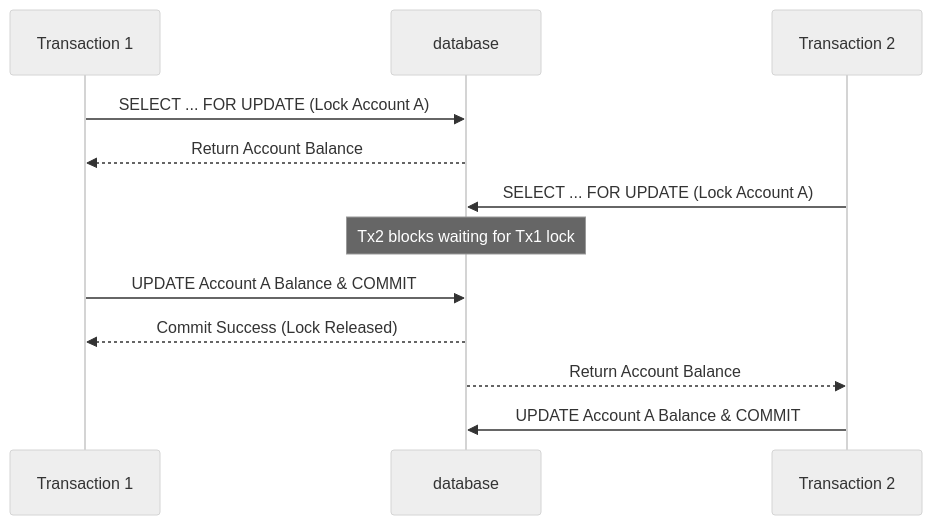
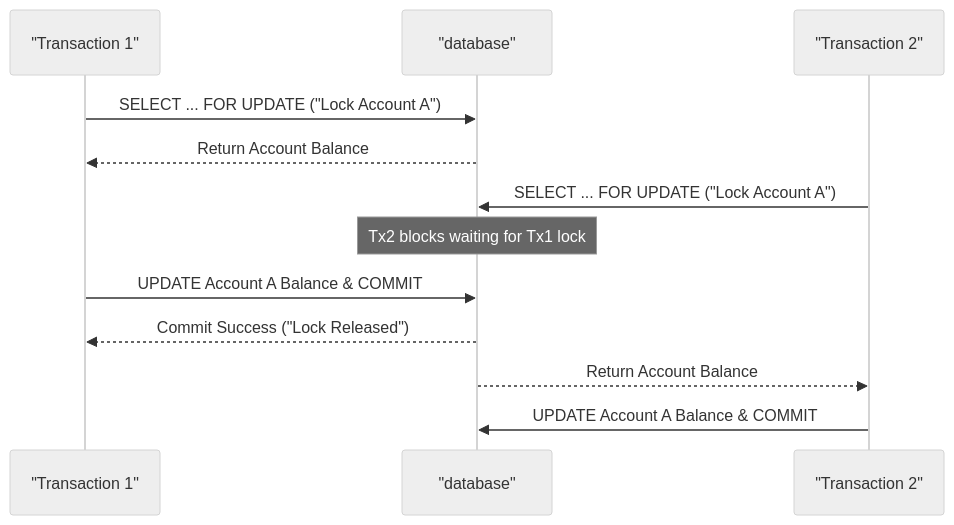
One commit to vesviet/vesviet changed the diagram in content/series/core-banking-developer/part-3-database-transactions-acid.md. Above: the diagram before and after it, drawn with Mermaid (neutral theme). The commit also changed other lines of this file and 331 other files, not shown here.

````diff
--- a/content/series/core-banking-developer/part-3-database-transactions-acid.md
+++ b/content/series/core-banking-developer/part-3-database-transactions-acid.md
@@ -281,15 +283,15 @@
 ```mermaid
 sequenceDiagram
-    participant Tx1 as Transaction 1
-    participant DB as database
-    participant Tx2 as Transaction 2
+    participant Tx1 as "Transaction 1"
+    participant DB as "database"
+    participant Tx2 as "Transaction 2"
     
-    Tx1->>DB: SELECT ... FOR UPDATE (Lock Account A)
+    Tx1->>DB: SELECT ... FOR UPDATE ("Lock Account A")
     DB-->>Tx1: Return Account Balance
-    Tx2->>DB: SELECT ... FOR UPDATE (Lock Account A)
+    Tx2->>DB: SELECT ... FOR UPDATE ("Lock Account A")
     Note over DB: Tx2 blocks waiting for Tx1 lock
     Tx1->>DB: UPDATE Account A Balance & COMMIT
-    DB-->>Tx1: Commit Success (Lock Released)
+    DB-->>Tx1: Commit Success ("Lock Released")
     DB-->>Tx2: Return Account Balance
     Tx2->>DB: UPDATE Account A Balance & COMMIT
 ```
````
